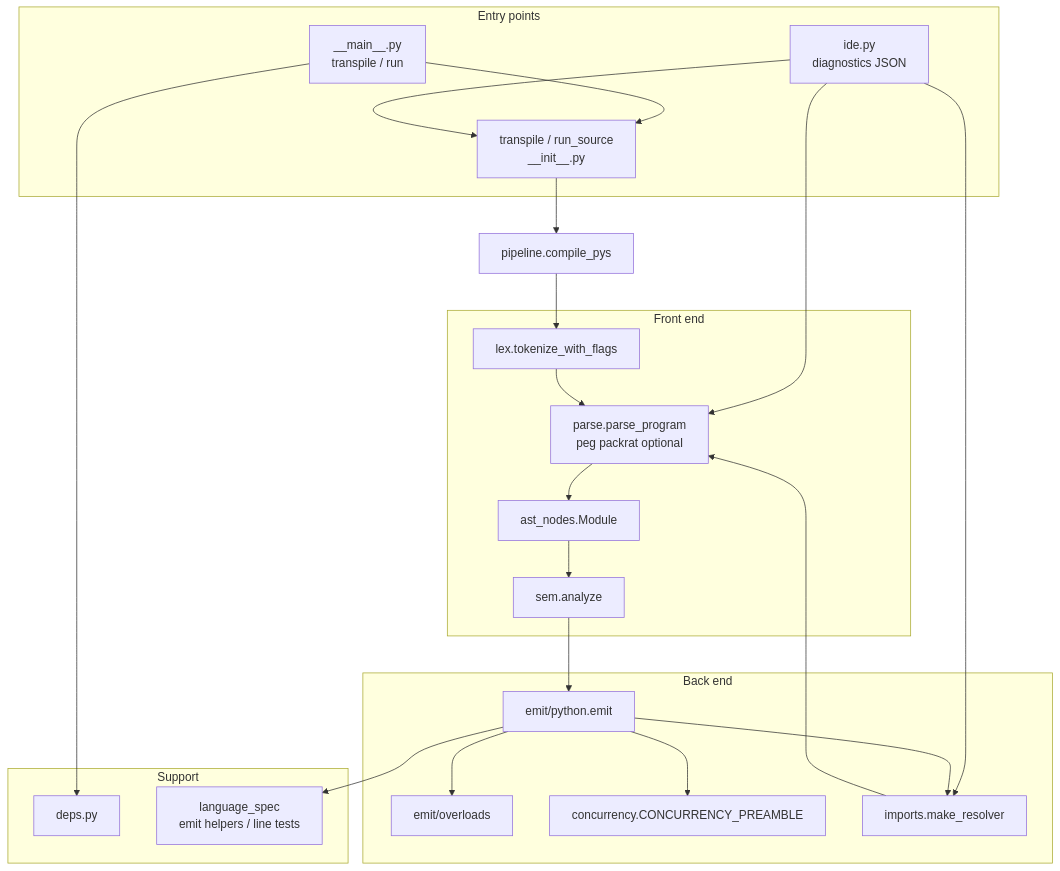
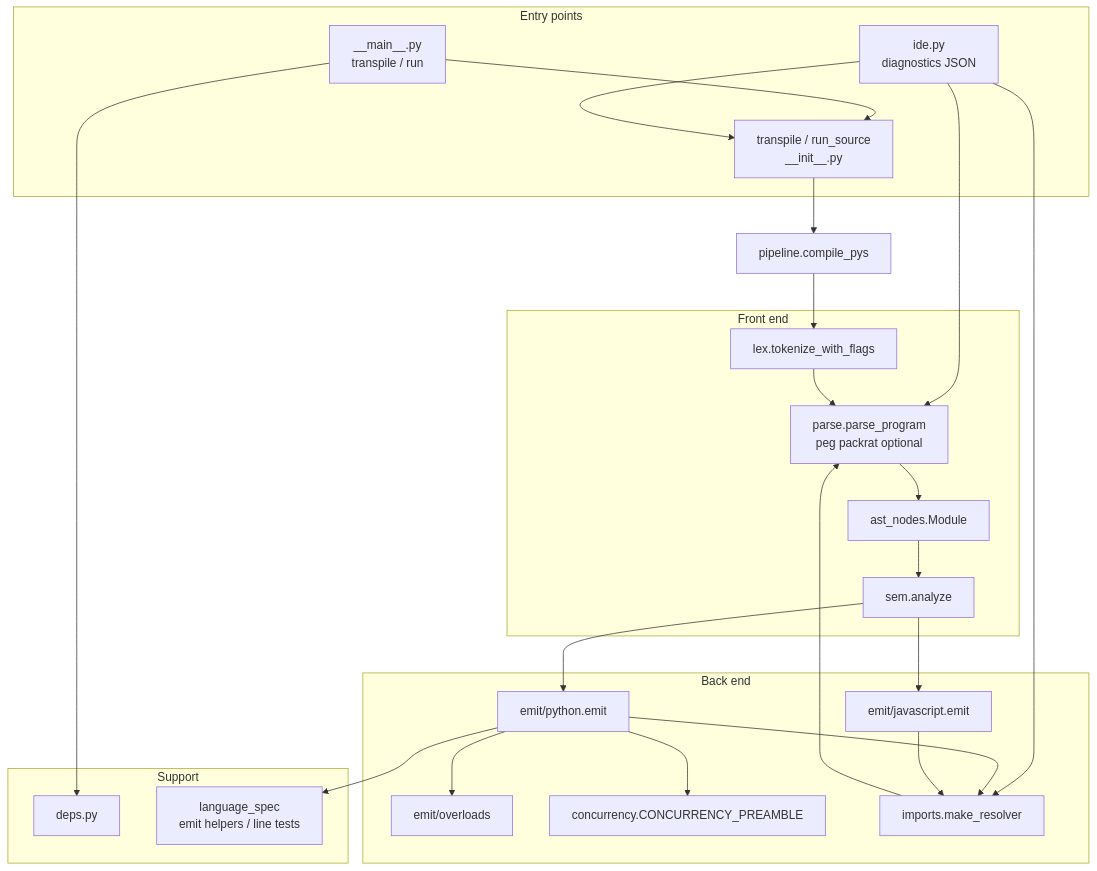
Before and after one commit to remideboer/pys: the second of 7 diagrams in docs/ARCHITECTURE.md, drawn with Mermaid. The commit also changed other lines of this file and 175 other files, not shown here.

````diff
--- a/docs/ARCHITECTURE.md
+++ b/docs/ARCHITECTURE.md
@@ -47,40 +56,44 @@
 ```mermaid
 flowchart TB
   subgraph entry [Entry points]
     Main["__main__.py<br/>transpile / run"]
     Public["transpile / run_source<br/>__init__.py"]
     Ide["ide.py<br/>diagnostics JSON"]
   end
 
   subgraph front [Front end]
     Lex["lex.tokenize_with_flags"]
     Parse["parse.parse_program<br/>peg packrat optional"]
     AST["ast_nodes.Module"]
     Sem["sem.analyze"]
   end
 
   subgraph back [Back end]
-    Emit["emit/python.emit"]
+    EmitPy["emit/python.emit"]
+    EmitJs["emit/javascript.emit"]
     Over["emit/overloads"]
     Conc["concurrency.CONCURRENCY_PREAMBLE"]
     Imp["imports.make_resolver"]
   end
 
   subgraph support [Support]
     Deps["deps.py"]
     Spec["language_spec<br/>emit helpers / line tests"]
   end
 
   Main --> Public
   Main --> Deps
   Ide --> Public
   Ide --> Imp
   Ide --> Parse
   Public --> Pipe["pipeline.compile_pys"]
-  Pipe --> Lex --> Parse --> AST --> Sem --> Emit
-  Emit --> Over
-  Emit --> Conc
-  Emit --> Imp
-  Emit --> Spec
+  Pipe --> Lex --> Parse --> AST --> Sem
+  Sem --> EmitPy
+  Sem --> EmitJs
+  EmitPy --> Over
+  EmitPy --> Conc
+  EmitPy --> Imp
+  EmitPy --> Spec
+  EmitJs --> Imp
   Imp --> Parse
 ```
````
